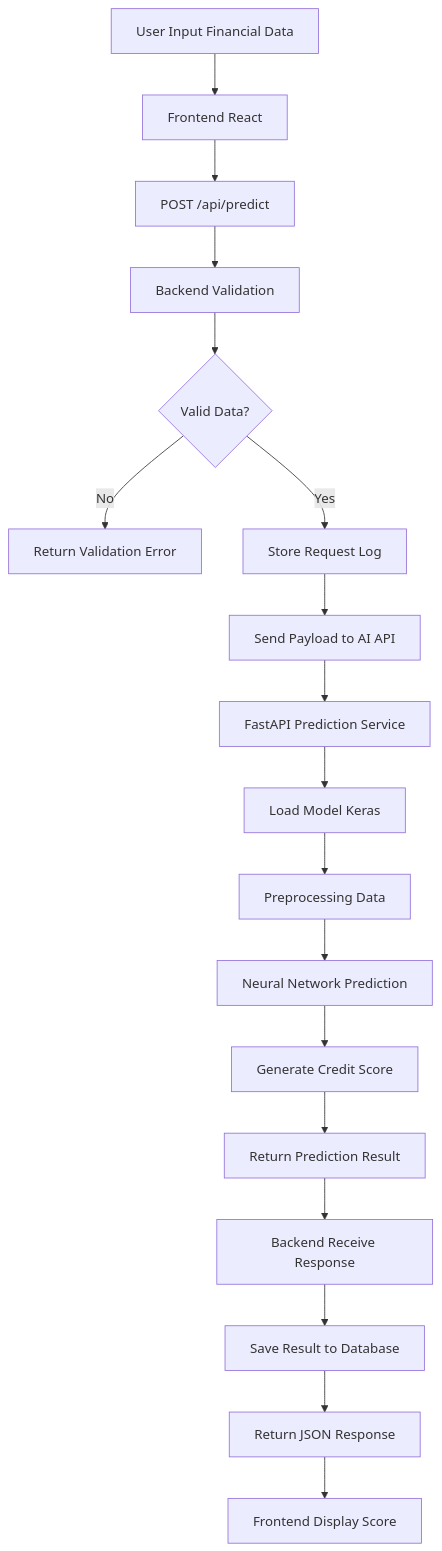
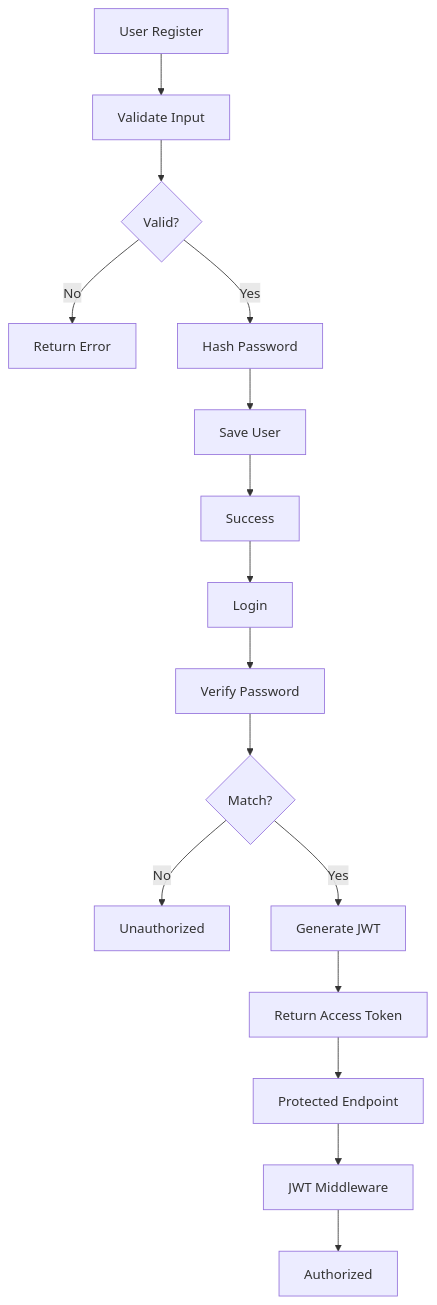
The third of 8 diagrams in Backend/readmi.md (yuda-07/Captone-Project), drawn with Mermaid before and after one commit. The commit also changed other lines of this file, not shown here.

Commit message:
update backend

````diff
--- a/Backend/readmi.md
+++ b/Backend/readmi.md
@@ -124,38 +125,34 @@
 ```mermaid
 flowchart TD
 
-A[User Input Financial Data]
---> B[Frontend React]
+A[User Register]
+--> B[Validate Input]
 
-B --> C[POST /api/predict]
+B --> C{Valid?}
 
-C --> D[Backend Validation]
+C -->|No| D[Return Error]
 
-D --> E{Valid Data?}
+C -->|Yes| E[Hash Password]
 
-E -->|No| F[Return Validation Error]
+E --> F[Save User]
 
-E -->|Yes| G[Store Request Log]
+F --> G[Success]
 
-G --> H[Send Payload to AI API]
+G --> H[Login]
 
-H --> I[FastAPI Prediction Service]
+H --> I[Verify Password]
 
-I --> J[Load Model Keras]
+I --> J{Match?}
 
-J --> K[Preprocessing Data]
+J -->|No| K[Unauthorized]
 
-K --> L[Neural Network Prediction]
+J -->|Yes| L[Generate JWT]
 
-L --> M[Generate Credit Score]
+L --> M[Return Access Token]
 
-M --> N[Return Prediction Result]
+M --> N[Protected Endpoint]
 
-N --> O[Backend Receive Response]
+N --> O[JWT Middleware]
 
-O --> P[Save Result to Database]
-
-P --> Q[Return JSON Response]
-
-Q --> R[Frontend Display Score]
+O --> P[Authorized]
 ```
````
